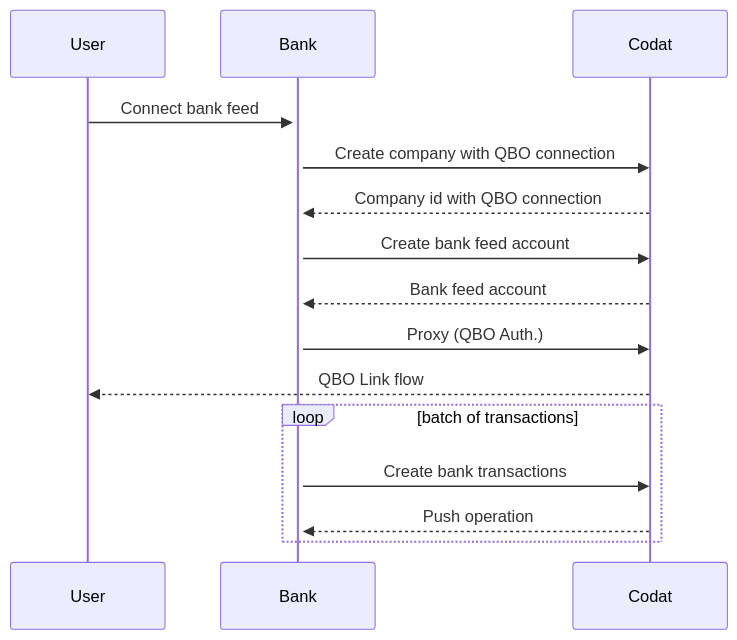
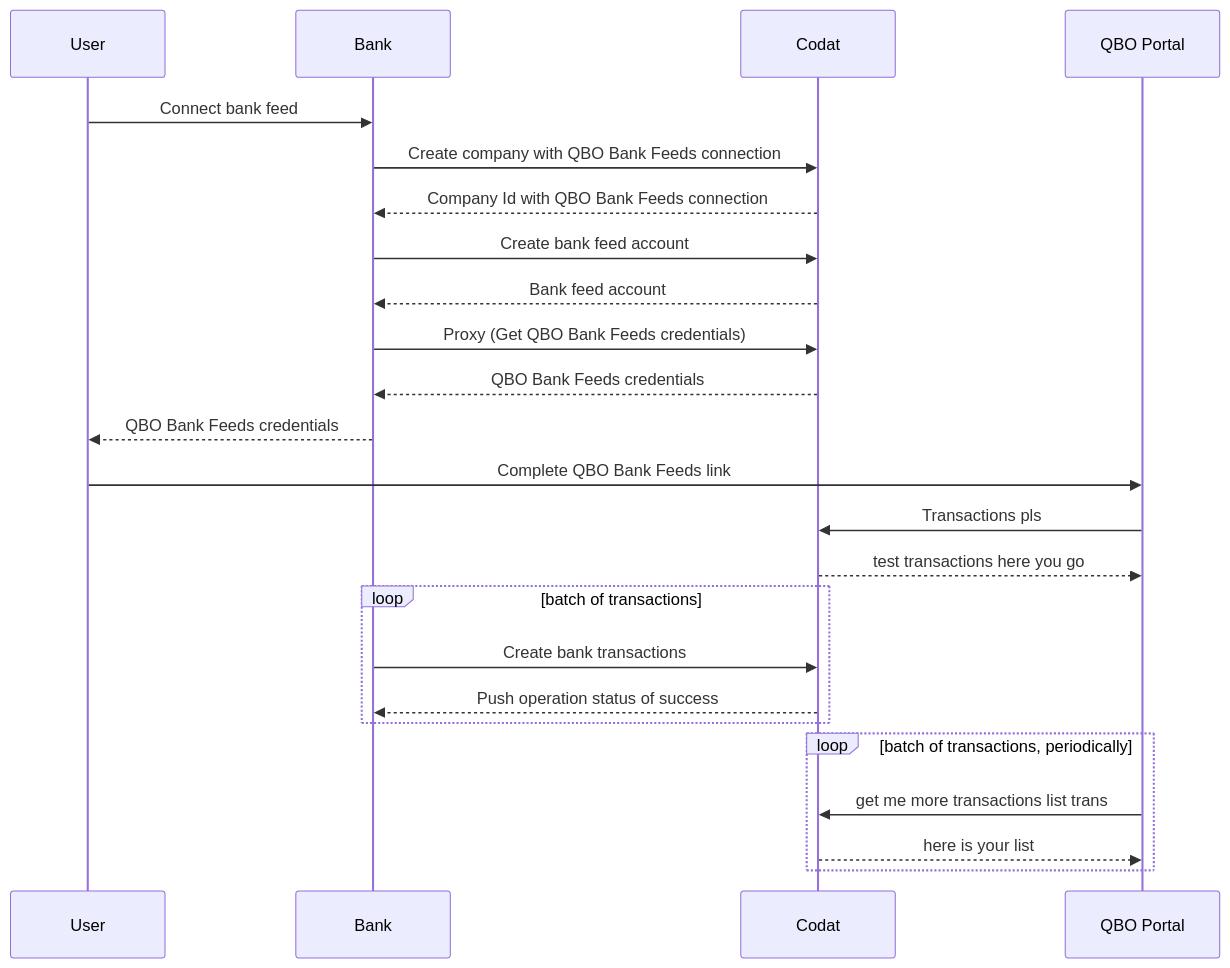
Before and after one commit to codatio/codat-docs: the diagram in docs/guides/bank-feeds-tutorial.md, drawn with Mermaid. The commit also changed other lines of this file, not shown here.

Commit message:
still to correct: diagram, proxy, create transactions

````diff
--- a/docs/guides/bank-feeds-tutorial.md
+++ b/docs/guides/bank-feeds-tutorial.md
@@ -70,17 +70,26 @@
 ``` mermaid
     sequenceDiagram
         participant frontend as User 
         participant backend as Bank
         participant codat as Codat
-        frontend ->>+ backend: Connect bank feed
-        backend ->> codat: Create company with QBO connection
-        codat -->> backend: Company id with QBO connection
+        participant qbo as QBO Portal
+        frontend ->> backend: Connect bank feed
+        backend ->> codat: Create company with QBO Bank Feeds connection
+        codat -->> backend: Company Id with QBO Bank Feeds connection
         backend ->> codat: Create bank feed account
         codat -->> backend: Bank feed account
-        backend ->> codat: Proxy (QBO Auth.)
-        codat -->> frontend: QBO Link flow
+        backend ->> codat: Proxy (Get QBO Bank Feeds credentials)
+        codat -->> backend: QBO Bank Feeds credentials
+        backend -->> frontend: QBO Bank Feeds credentials
+        frontend ->> qbo: Complete QBO Bank Feeds link
+        qbo ->> codat: Transactions pls
+        codat -->> qbo: test transactions here you go
         loop batch of transactions
             backend ->> codat: Create bank transactions
-            codat -->> backend: Push operation
+            codat -->> backend: Push operation status of success
+        end
+        loop batch of transactions, periodically
+            qbo ->> codat: get me more transactions list trans
+            codat -->> qbo: here is your list
         end
 ```
````
